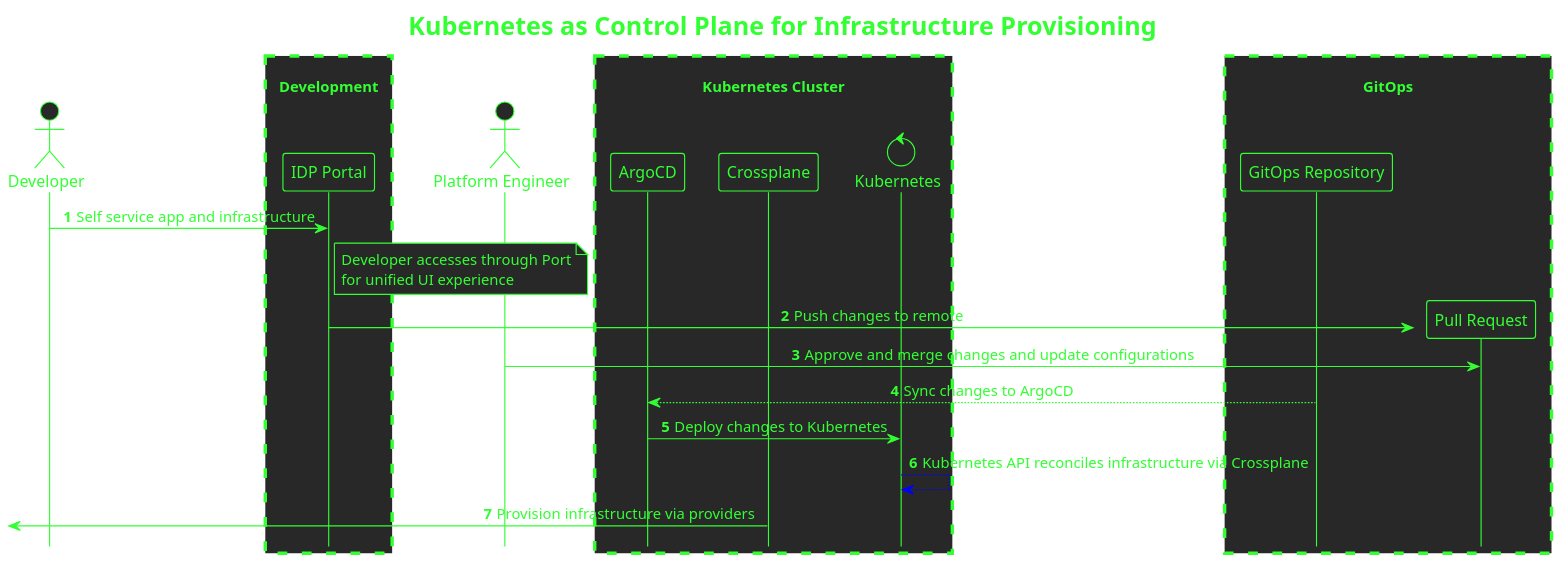
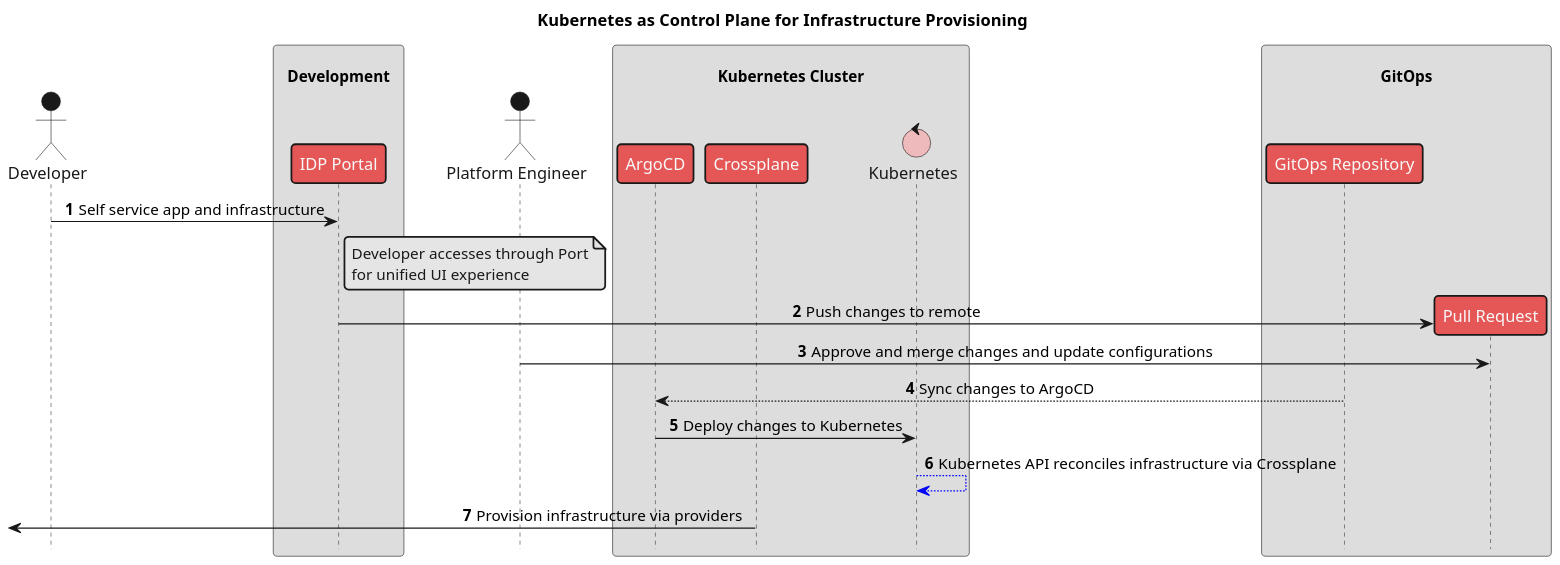
Before and after one commit to Piotr1215/cloudrumble: the diagram in diagrams/control-plane-sequence.puml, drawn with PlantUML. The commit also changed 3 other files, not shown here.

Commit message:
blog: fix diagram render

```diff
--- a/diagrams/control-plane-sequence.puml
+++ b/diagrams/control-plane-sequence.puml
@@ -1,40 +1,40 @@
 @startuml control-plane-sequence
 !pragma teoz true
-!theme crt-green
+!theme mars
 hide footbox
 autonumber
 
 scale 1920x1080
 skinparam defaultTextAlignment center
 skinparam NoteTextAlignment left
 skinparam shadowing false
 skinparam backgroundColor transparent
 skinparam BoxPadding 10
 
 title Kubernetes as Control Plane for Infrastructure Provisioning
 
 actor Developer as dev
 box "\nDevelopment" 
   participant "IDP Portal" as port
   dev -> port : Self service app and infrastructure
   note right of port : Developer accesses through Port\nfor unified UI experience
 end box
 
 actor "Platform Engineer" as pe
 box "\nKubernetes Cluster" 
     participant "ArgoCD" as argo
     participant "Crossplane" as crossplane
     control "Kubernetes" as K8sAPI
 end box
 
 box "\nGitOps" 
 participant "GitOps Repository" as git
       port -> "Pull Request" ** : Push changes to remote
       "Pull Request" <- pe : Approve and merge changes and update configurations
       git --> argo : Sync changes to ArgoCD
       argo -> K8sAPI : Deploy changes to Kubernetes
       K8sAPI -[#blue]-> K8sAPI : Kubernetes API reconciles infrastructure via Crossplane
       [<- crossplane : Provision infrastructure via providers
 end box
 
 @enduml
```
